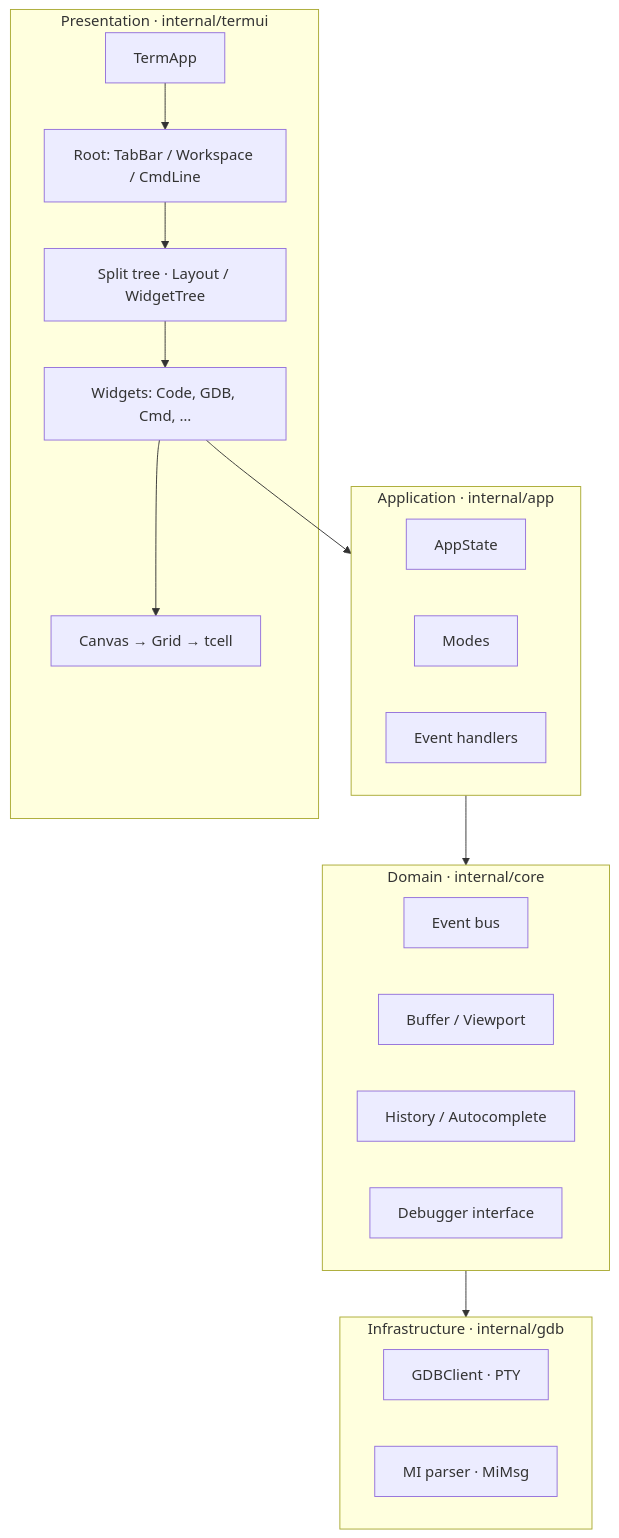
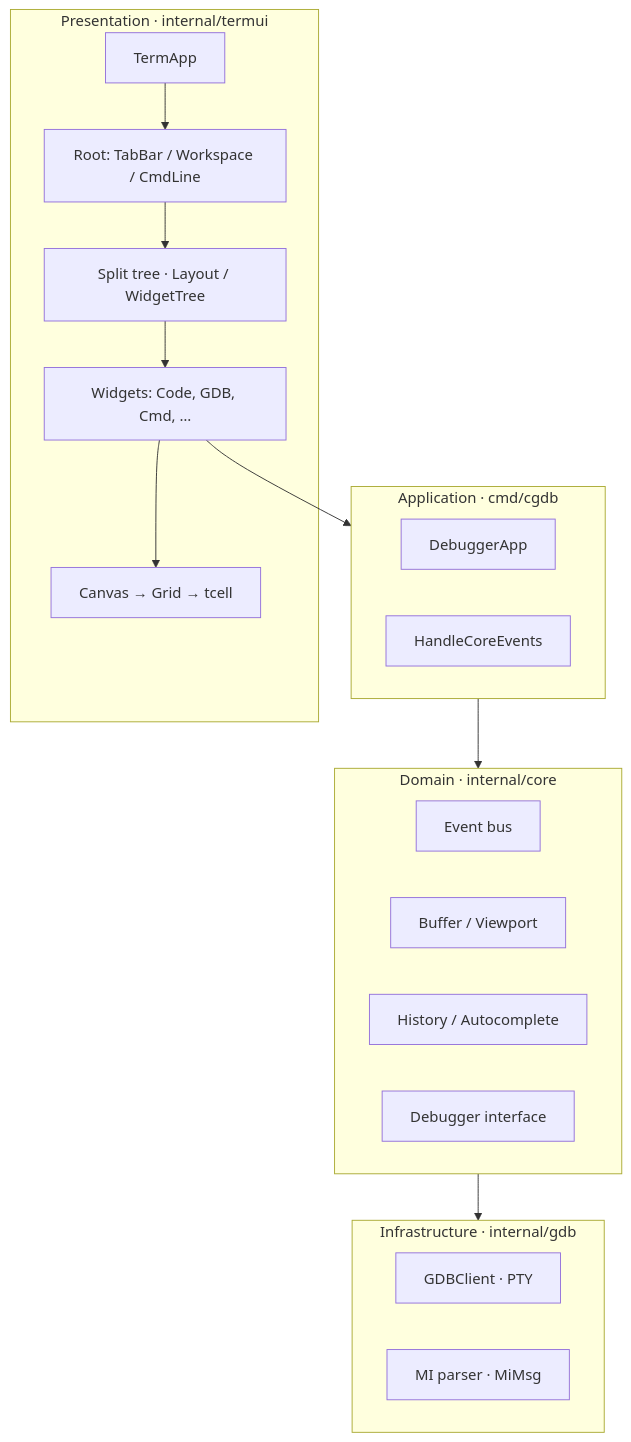
Before and after one commit to yairgd/gdbforge: the second of 7 diagrams in docs/ARCHITECTURE.md, drawn with Mermaid. The commit also changed other lines of this file and 23 other files, not shown here.

````diff
--- a/docs/ARCHITECTURE.md
+++ b/docs/ARCHITECTURE.md
@@ -44,33 +44,32 @@
 ```mermaid
 flowchart TB
     subgraph Presentation["Presentation · internal/termui"]
         TermApp["TermApp"]
         RootLayout["Root: TabBar / Workspace / CmdLine"]
         SplitTree["Split tree · Layout / WidgetTree"]
         Widgets["Widgets: Code, GDB, Cmd, …"]
         Render["Canvas → Grid → tcell"]
     end
 
-    subgraph Application["Application · internal/app"]
-        State["AppState"]
-        Modes["Modes"]
-        Handlers["Event handlers"]
+    subgraph Application["Application · cmd/cgdb"]
+        DebuggerApp["DebuggerApp"]
+        HandleCore["HandleCoreEvents"]
     end
 
     subgraph Domain["Domain · internal/core"]
         Events["Event bus"]
         Buffer["Buffer / Viewport"]
         History["History / Autocomplete"]
         DebuggerIF["Debugger interface"]
     end
 
     subgraph Infrastructure["Infrastructure · internal/gdb"]
         Client["GDBClient · PTY"]
         MI["MI parser · MiMsg"]
     end
 
     TermApp --> RootLayout --> SplitTree --> Widgets --> Render
     Widgets --> Application
     Application --> Domain
     Domain --> Infrastructure
 ```
````
